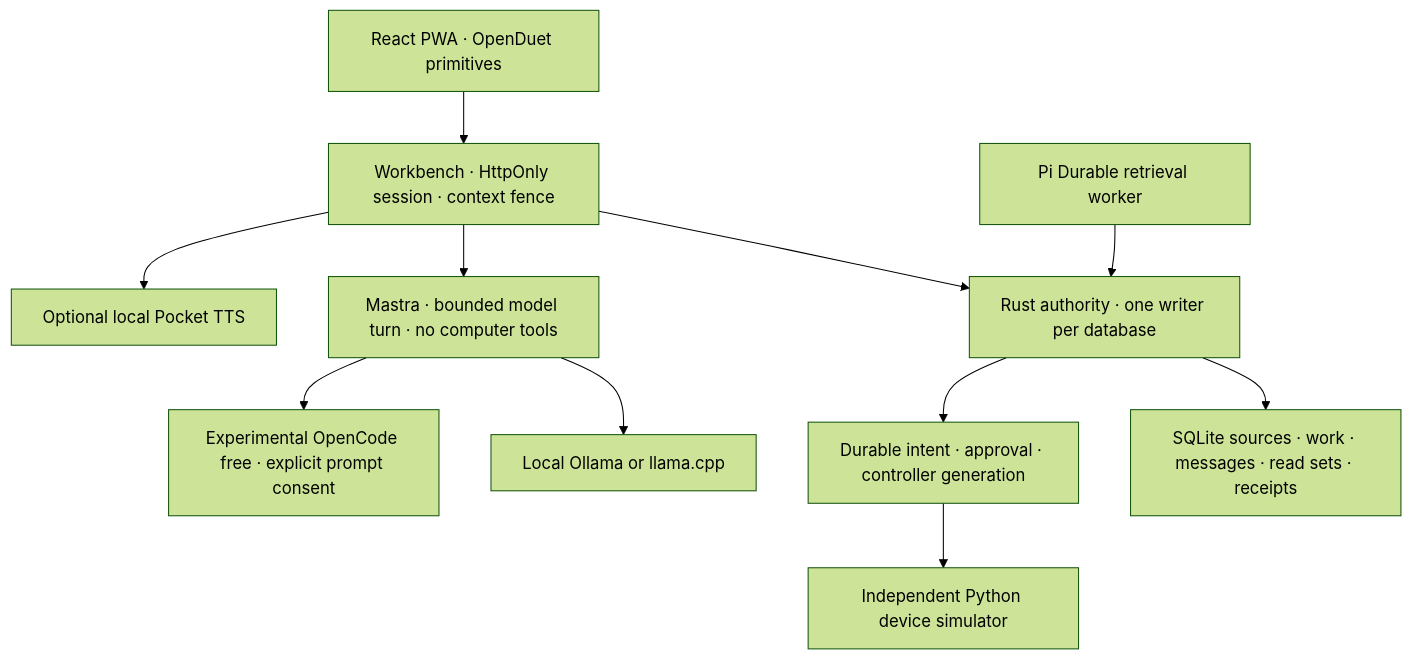
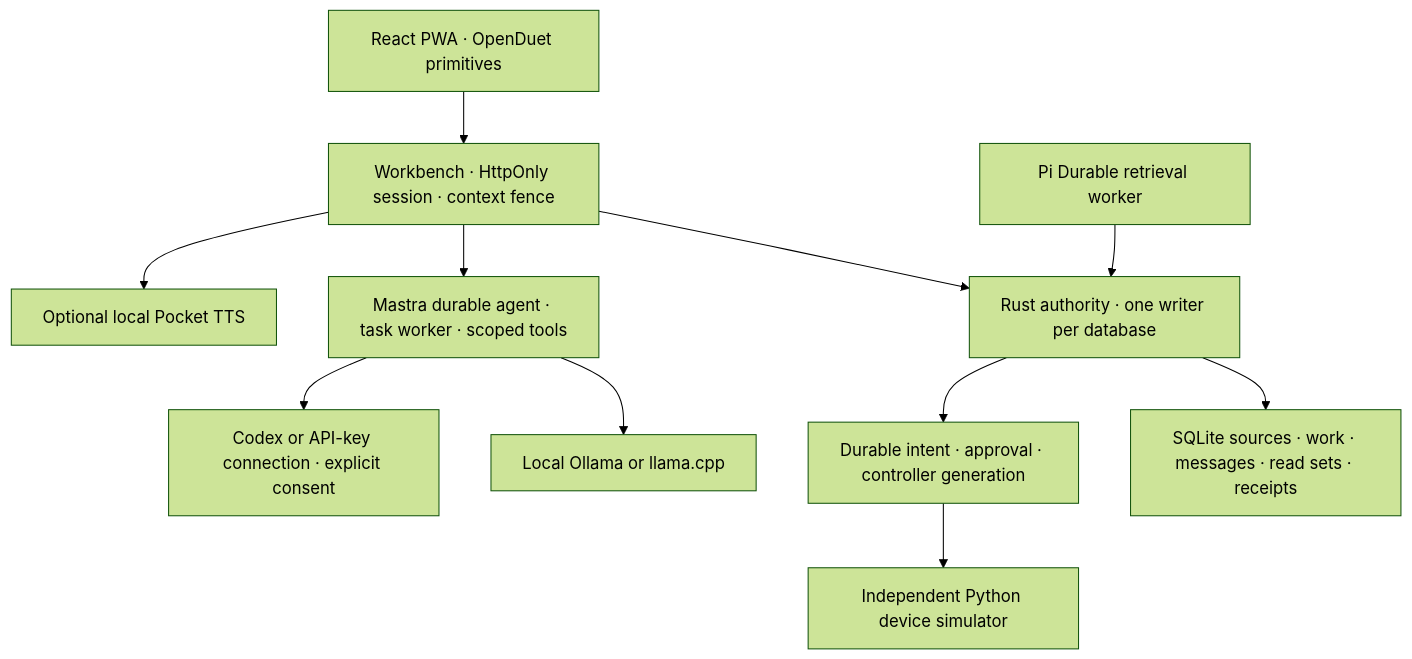
One commit to yohn-maistre/aksara-core changed the diagram in docs/platform/README.md. Above: the diagram before and after it, drawn with Mermaid (forest theme). The commit also changed other lines of this file and 41 other files, not shown here.

Commit message:
Run Aksara through durable Mastra with fenced recovery and compact onboarding

````diff
--- a/docs/platform/README.md
+++ b/docs/platform/README.md
@@ -74,13 +74,13 @@
 ```mermaid
 flowchart TD
   UI[React PWA · OpenDuet primitives] --> BFF[Workbench · HttpOnly session · context fence]
   BFF --> K[Rust authority · one writer per database]
   K --> DB[SQLite sources · work · messages · read sets · receipts]
-  BFF --> M[Mastra · bounded model turn · no computer tools]
+  BFF --> M[Mastra durable agent · task worker · scoped tools]
   M --> L[Local Ollama or llama.cpp]
-  M --> Z[Experimental OpenCode free · explicit prompt consent]
+  M --> Z[Codex or API-key connection · explicit consent]
   K --> D[Durable intent · approval · controller generation]
   D --> SIM[Independent Python device simulator]
   BFF --> T[Optional local Pocket TTS]
   P[Pi Durable retrieval worker] --> K
 ```
````
